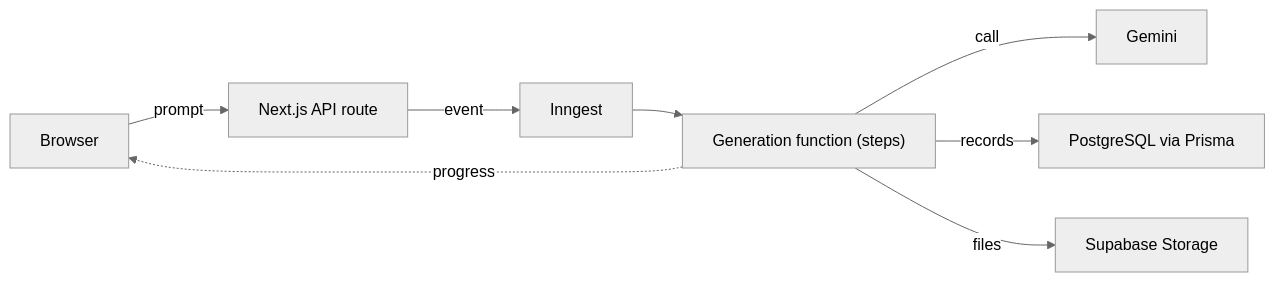
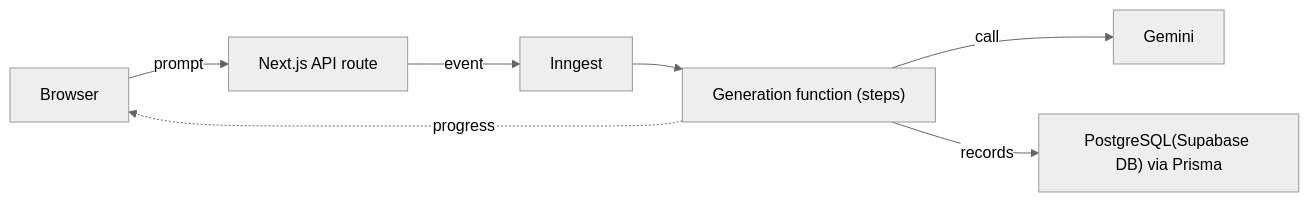
One commit to Genesispro-maker/I0 changed the diagram in README.md. Above: the diagram before and after it, drawn with Mermaid (neutral theme). The commit also changed other lines of this file, not shown here.

````diff
--- a/README.md
+++ b/README.md
@@ -19,10 +20,9 @@
 ```mermaid
 flowchart LR
     U["Browser"] -->|prompt| R["Next.js API route"]
     R -->|event| Q["Inngest"]
     Q --> F["Generation function (steps)"]
     F -->|call| G["Gemini"]
-    F -->|records| D["PostgreSQL via Prisma"]
-    F -->|files| S["Supabase Storage"]
+    F -->|records| D["PostgreSQL(Supabase DB) via Prisma"]
     F -.->|progress| U
 ```
````
